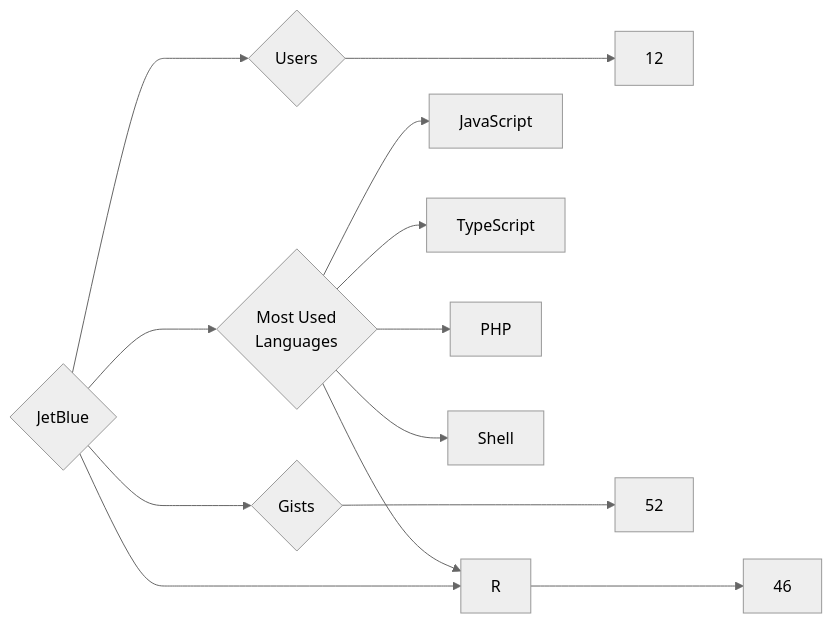
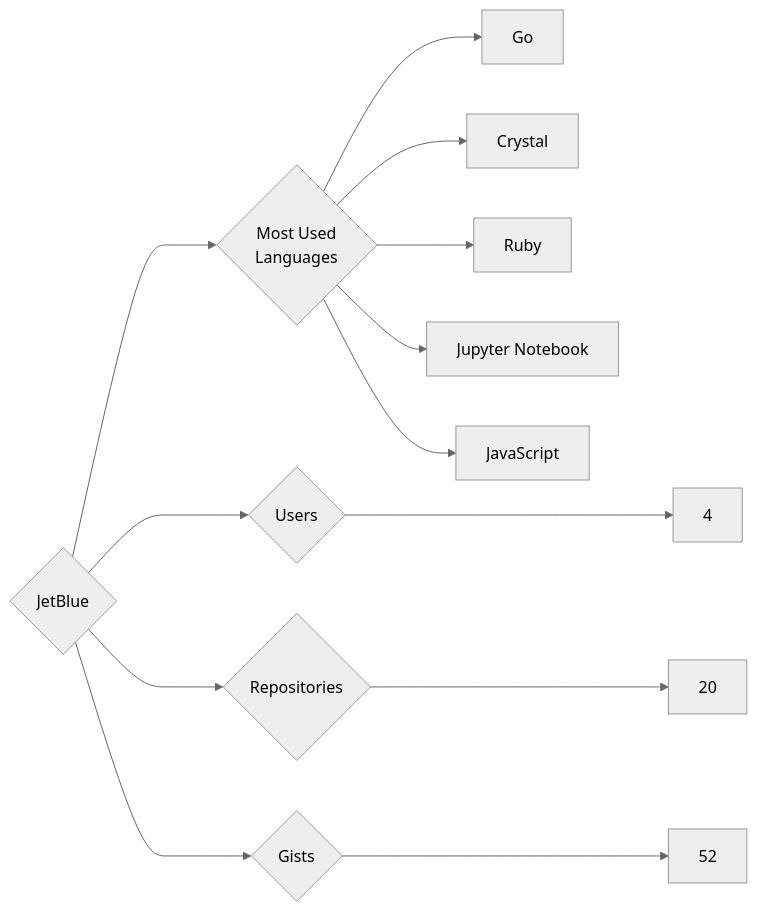
Before and after one commit to trickest/insiders: the diagram in targets/JetBlue/README.md, drawn with Mermaid (neutral theme). The commit also changed 847 other files, not shown here.

````diff
--- a/targets/JetBlue/README.md
+++ b/targets/JetBlue/README.md
@@ -3,13 +3,13 @@
 ```mermaid
 graph LR
 COMPANY_NAME{JetBlue}
-COMPANY_NAME ---> U{Users} ---> UN[12]
-COMPANY_NAME ---> R{Repositories} ---> RN[46]
+COMPANY_NAME ---> U{Users} ---> UN[4]
+COMPANY_NAME ---> R{Repositories} ---> RN[20]
 COMPANY_NAME ---> G{Gists} ---> GN[52]
 COMPANY_NAME ---> ML{Most Used<br>Languages}
+ML --> Go[Go]
+ML --> Crystal[Crystal]
+ML --> Ruby[Ruby]
+ML --> Jupyter_Notebook[Jupyter Notebook]
 ML --> JavaScript[JavaScript]
-ML --> TypeScript[TypeScript]
-ML --> PHP[PHP]
-ML --> Shell[Shell]
-ML --> R[R]
 ```
````
